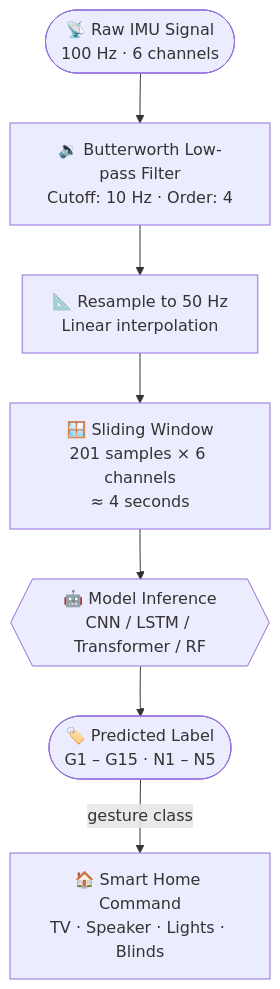
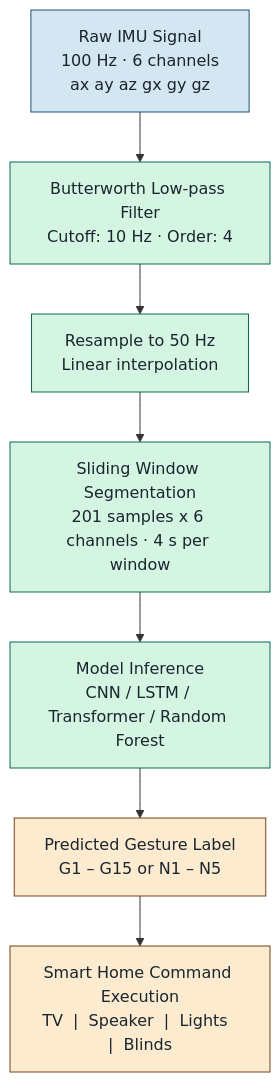
One commit to phamthihongngoc/DOAN changed the second of 2 diagrams in README.md. Above: the diagram before and after it, drawn with Mermaid. The commit also changed other lines of this file, not shown here.

First line of the commit message:
Redraw both Mermaid diagrams vertical with harmonious colors for report

````diff
--- a/README.md
+++ b/README.md
@@ -82,13 +90,20 @@
 ```mermaid
-flowchart TD
-    A(["📡 Raw IMU Signal\n100 Hz · 6 channels"])
-    B["🔉 Butterworth Low-pass Filter\nCutoff: 10 Hz · Order: 4"]
-    C["📐 Resample to 50 Hz\nLinear interpolation"]
-    D["🪟 Sliding Window\n201 samples × 6 channels\n≈ 4 seconds"]
-    E{{"🤖 Model Inference\nCNN / LSTM / Transformer / RF"}}
-    F(["🏷️ Predicted Label\nG1 – G15  ·  N1 – N5"])
-    G["🏠 Smart Home Command\nTV · Speaker · Lights · Blinds"]
+flowchart TB
+    A["Raw IMU Signal\n100 Hz · 6 channels\nax  ay  az  gx  gy  gz"]
+    B["Butterworth Low-pass Filter\nCutoff: 10 Hz · Order: 4"]
+    C["Resample to 50 Hz\nLinear interpolation"]
+    D["Sliding Window Segmentation\n201 samples x 6 channels · 4 s per window"]
+    E["Model Inference\nCNN / LSTM / Transformer / Random Forest"]
+    F["Predicted Gesture Label\nG1 – G15  or  N1 – N5"]
+    G["Smart Home Command Execution\nTV  |  Speaker  |  Lights  |  Blinds"]
 
-    A --> B --> C --> D --> E --> F
-    F -- "gesture class" --> G
+    A --> B --> C --> D --> E --> F --> G
+
+    classDef input   fill:#D4E6F1,stroke:#1A5276,color:#1A252F
+    classDef process fill:#D5F5E3,stroke:#0E6655,color:#1A252F
+    classDef output  fill:#FDEBD0,stroke:#784212,color:#1A252F
+
+    class A input
+    class B,C,D,E process
+    class F,G output
 ```
````
